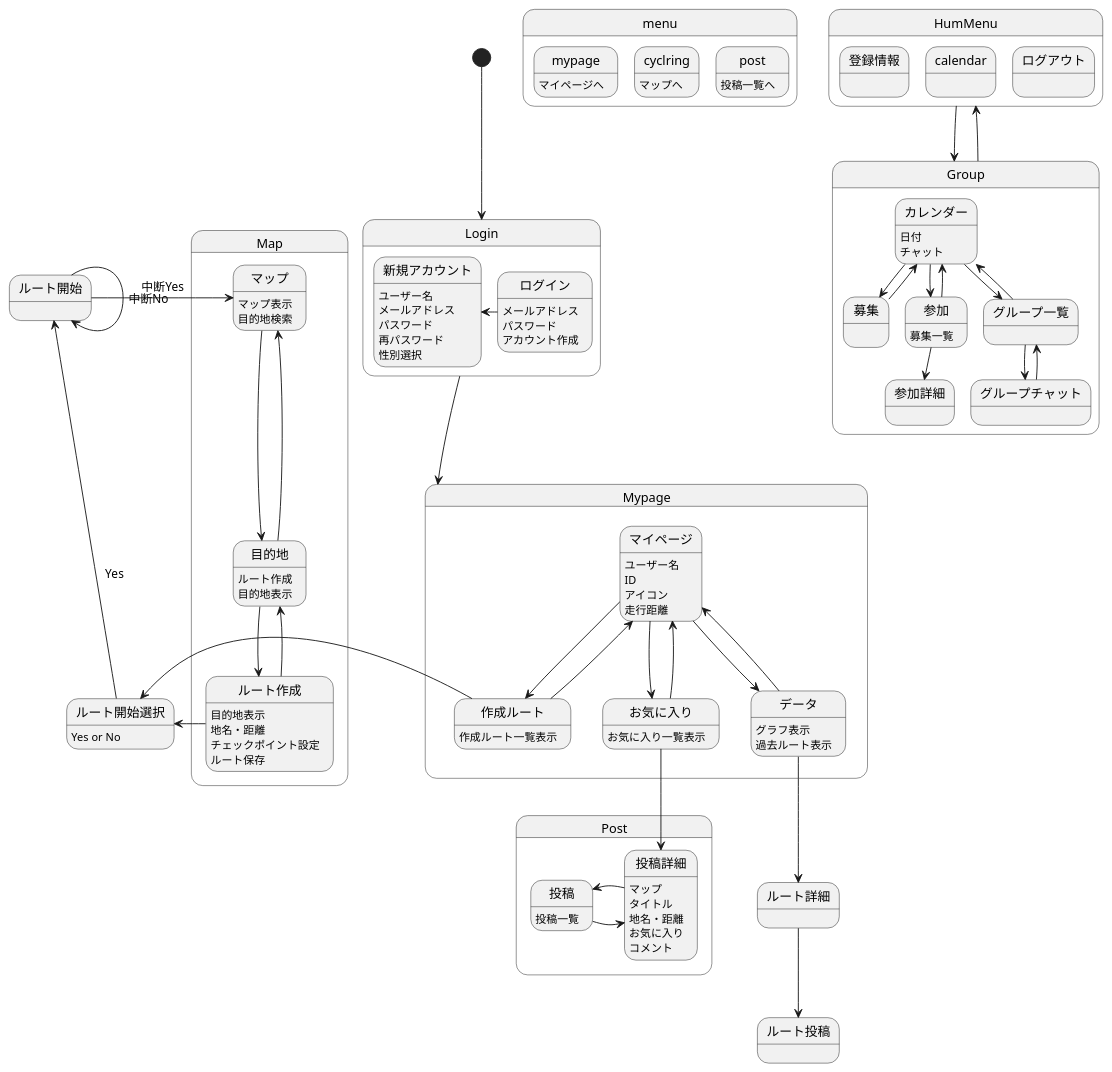
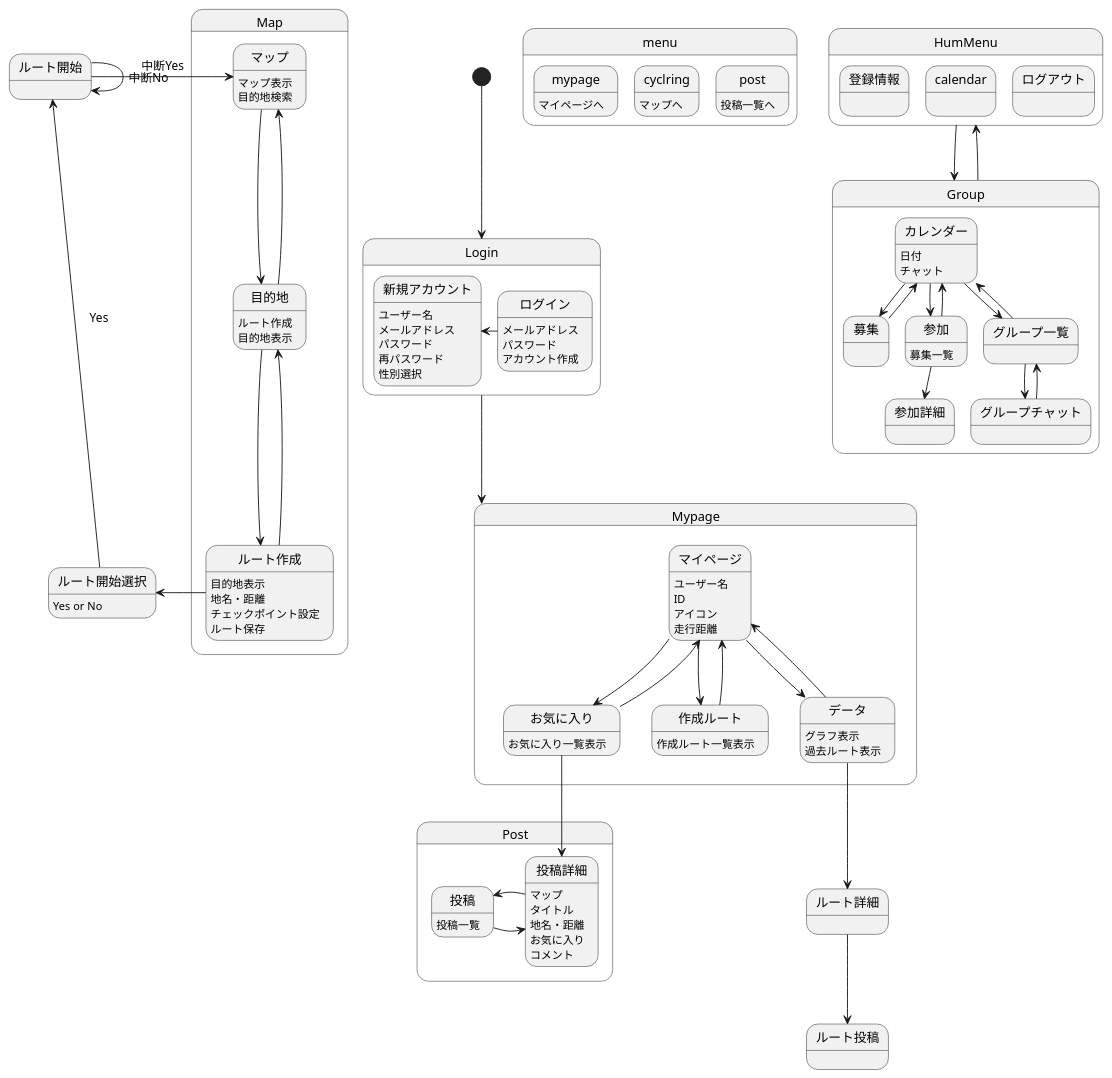
One commit to AsoSD3A3/CyclingSystem changed the diagram in 画面遷移図/gm.md. Above: the diagram before and after it, drawn with PlantUML.

```diff
--- a/画面遷移図/gm.md
+++ b/画面遷移図/gm.md
@@ -87,7 +87,7 @@
 ルート開始選択-up->ルート開始 :Yes
 ルート開始-->ルート開始 :中断No
 ルート開始-left->マップ :中断Yes
-作成ルート-right->ルート開始選択
+
 
 state Post{
 投稿:投稿一覧
```
